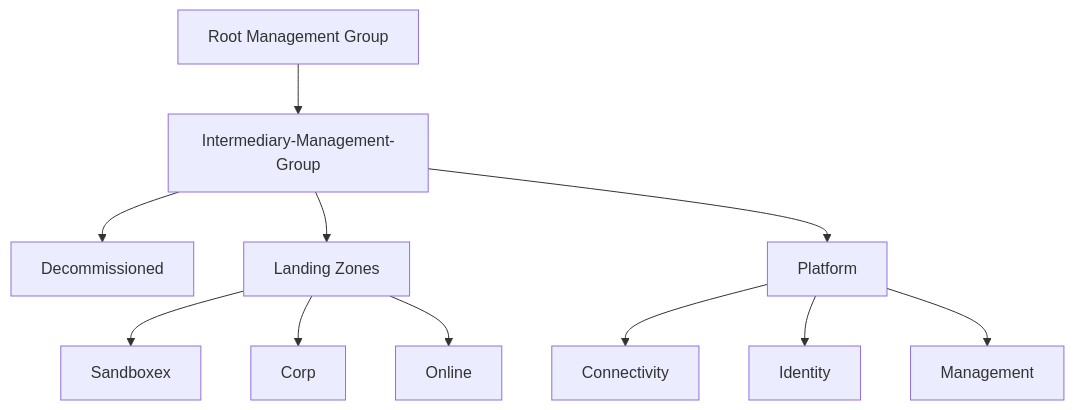
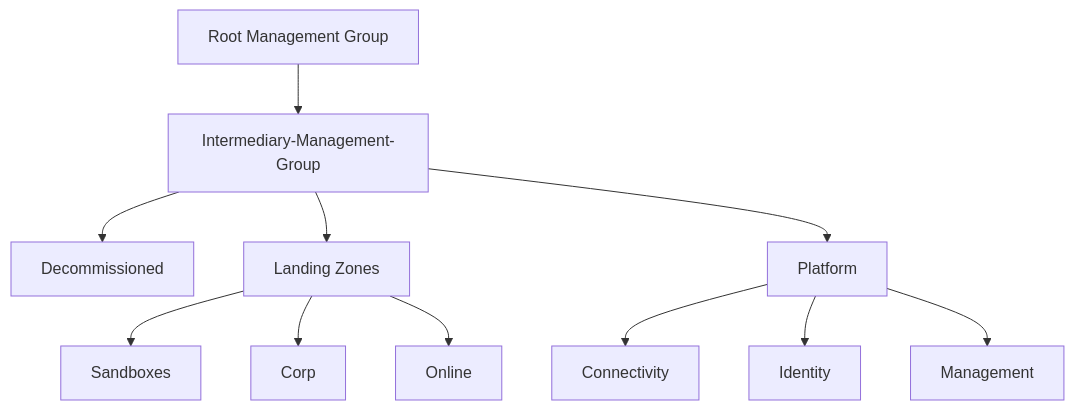
One commit to rfernandezdo/rfernandezdo.github.io changed the first of 2 diagrams in docs/blog/posts/2024/20240417_Azure_EPAC_using.md. Above: the diagram before and after it, drawn with Mermaid.

Commit message:
Fix typo in EPAC documentation

````diff
--- a/docs/blog/posts/2024/20240417_Azure_EPAC_using.md
+++ b/docs/blog/posts/2024/20240417_Azure_EPAC_using.md
@@ -34,13 +34,13 @@
 ```mermaid
     graph TD
         A[Root Management Group] --> B[Intermediary-Management-Group]
         B --> C[Decommissioned]
         B --> D[Landing Zones]
         B --> E[Platform]
-        D --> F[Sandboxex]
+        D --> F[Sandboxes]
         D --> G[Corp]
         D --> H[Online]
         E --> I[Connectivity]
         E --> J[Identity]
         E --> K[Management]
 ```
````
